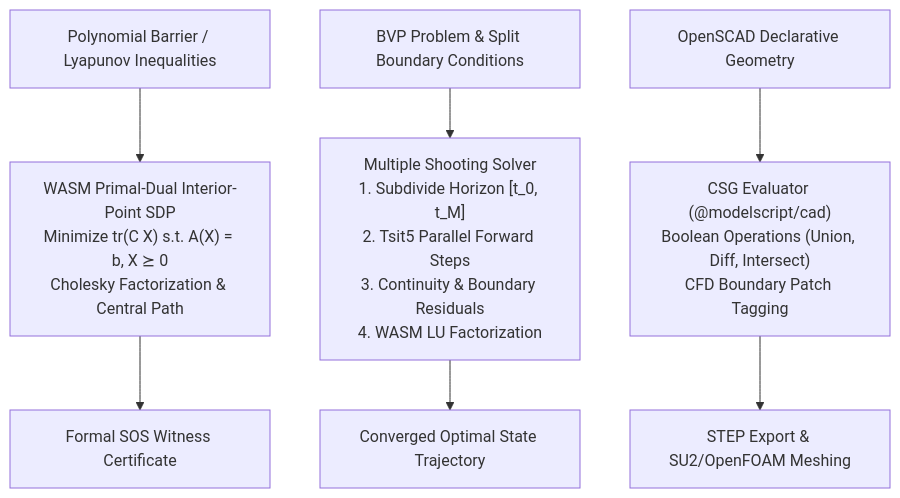
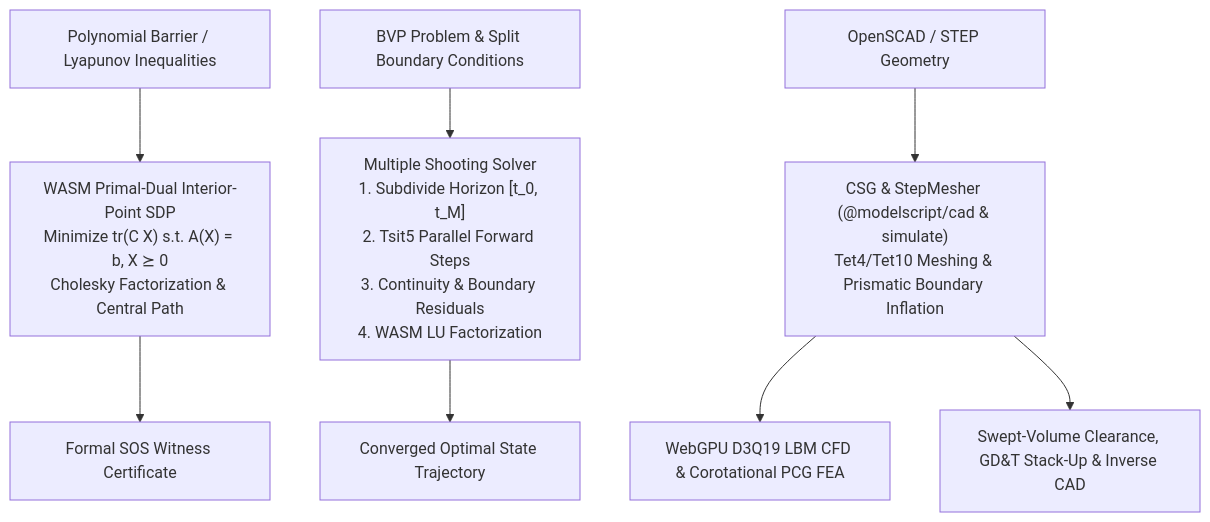
The diagram in apps/docs/docs/algorithms/sdp-bvp-cad.md (modelscript/modelscript), drawn with Mermaid before and after one commit. The commit also changed other lines of this file and 208 other files, not shown here.

Commit message:
feat: add wasm cad/fea kernels, expand diagram routers/emt solvers, add docs

````diff
--- a/apps/docs/docs/algorithms/sdp-bvp-cad.md
+++ b/apps/docs/docs/algorithms/sdp-bvp-cad.md
@@ -68,11 +75,12 @@
 ```mermaid
 flowchart TD
     SOS["Polynomial Barrier / Lyapunov Inequalities"] --> SDP_SOLVER["WASM Primal-Dual Interior-Point SDP<br/>Minimize tr(C X) s.t. A(X) = b, X ⪰ 0<br/>Cholesky Factorization & Central Path"]
     SDP_SOLVER --> CERT["Formal SOS Witness Certificate"]
 
     BVP_REQ["BVP Problem & Split Boundary Conditions"] --> BVP_SOLVER["Multiple Shooting Solver<br/>1. Subdivide Horizon [t_0, t_M]<br/>2. Tsit5 Parallel Forward Steps<br/>3. Continuity & Boundary Residuals<br/>4. WASM LU Factorization"]
     BVP_SOLVER --> TRAJ["Converged Optimal State Trajectory"]
 
-    SCAD_CODE["OpenSCAD Declarative Geometry"] --> CSG_EVAL["CSG Evaluator (@modelscript/cad)<br/>Boolean Operations (Union, Diff, Intersect)<br/>CFD Boundary Patch Tagging"]
-    CSG_EVAL --> CAD_OUT["STEP Export & SU2/OpenFOAM Meshing"]
+    SCAD_CODE["OpenSCAD / STEP Geometry"] --> CSG_EVAL["CSG & StepMesher (@modelscript/cad & simulate)<br/>Tet4/Tet10 Meshing & Prismatic Boundary Inflation"]
+    CSG_EVAL --> CONTINUUM["WebGPU D3Q19 LBM CFD & Corotational PCG FEA"]
+    CSG_EVAL --> MECH_VERIFY["Swept-Volume Clearance, GD&T Stack-Up & Inverse CAD"]
 ```
````
